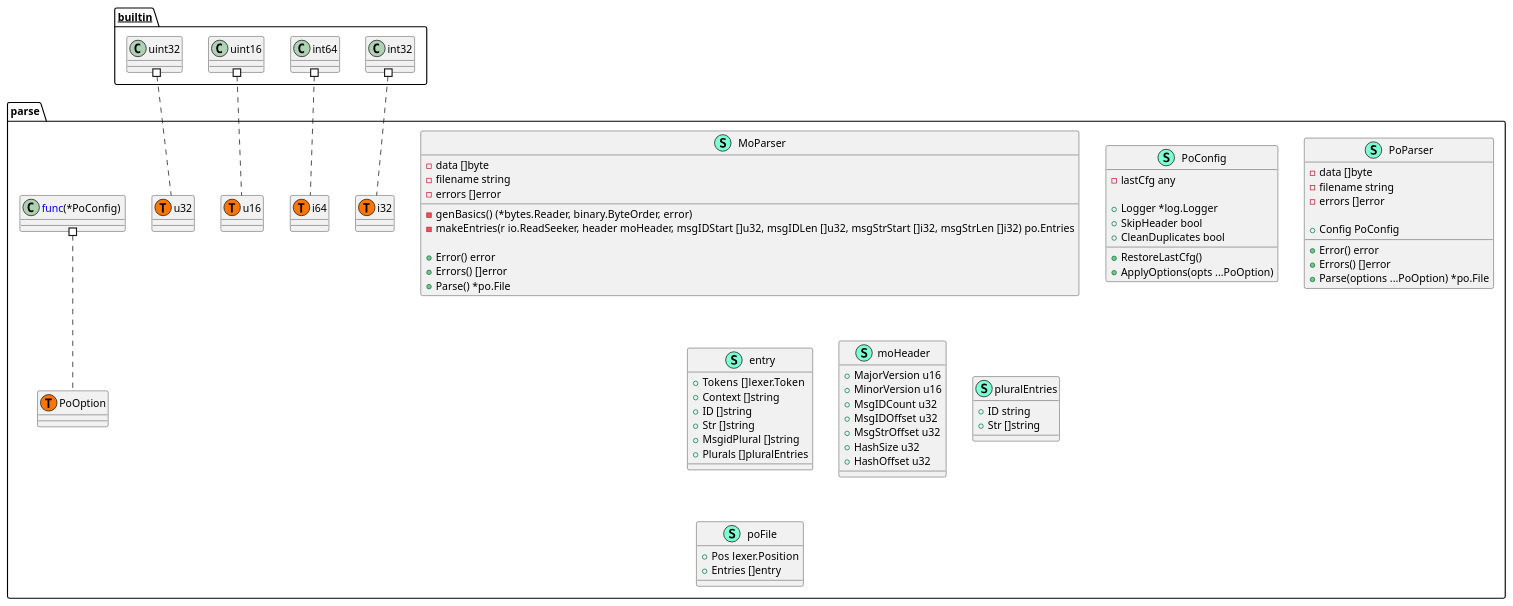
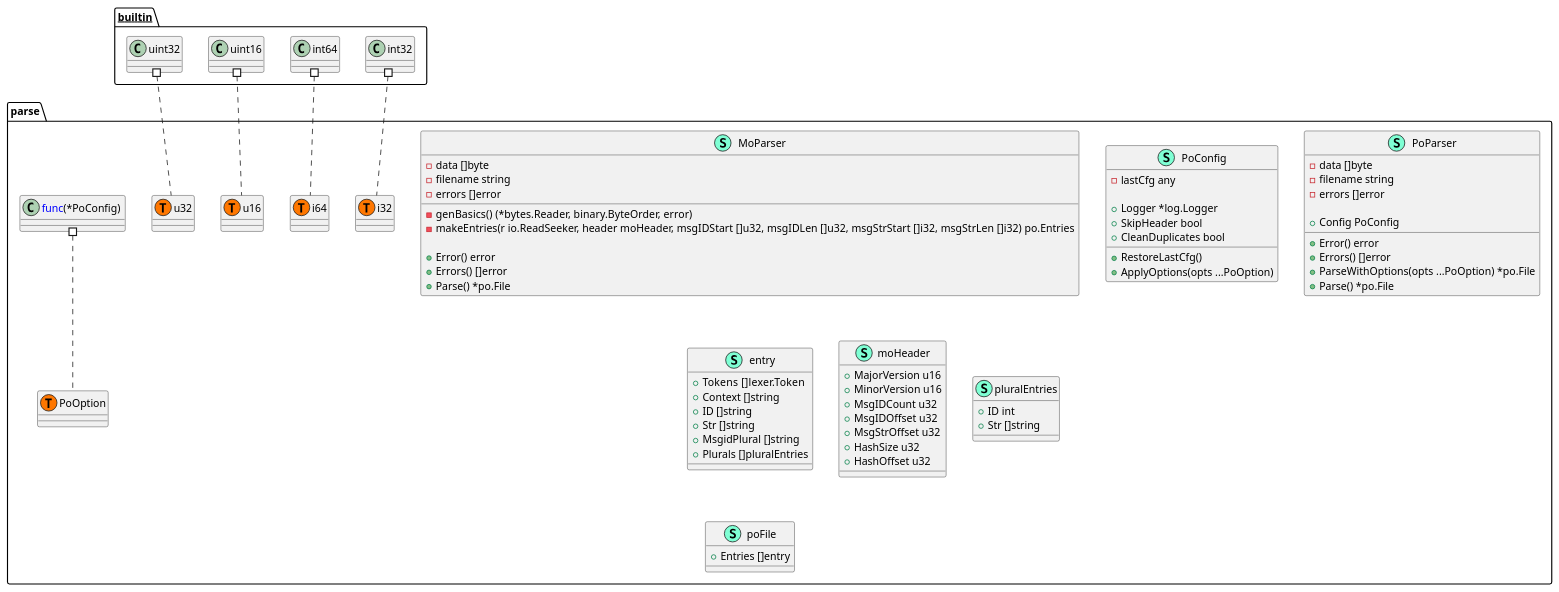
One commit to Tom5521/gotext-tools changed the diagram in pkg/po/parse/structure.puml. Above: the diagram before and after it, drawn with PlantUML. The commit also changed 8 other files, not shown here.

Commit message:
docs: Update UML files

```diff
--- a/pkg/po/parse/structure.puml
+++ b/pkg/po/parse/structure.puml
@@ -1,86 +1,86 @@
 @startuml
 namespace parse {
     class MoParser << (S,Aquamarine) >> {
         - data []byte
         - filename string
         - errors []error
 
         - genBasics() (*bytes.Reader, binary.ByteOrder, error)
         - makeEntries(r io.ReadSeeker, header moHeader, msgIDStart []u32, msgIDLen []u32, msgStrStart []i32, msgStrLen []i32) po.Entries
 
         + Error() error
         + Errors() []error
         + Parse() *po.File
 
     }
     class PoConfig << (S,Aquamarine) >> {
         - lastCfg any
 
         + Logger *log.Logger
         + SkipHeader bool
         + CleanDuplicates bool
 
         + RestoreLastCfg() 
         + ApplyOptions(opts ...PoOption) 
 
     }
     class PoParser << (S,Aquamarine) >> {
         - data []byte
         - filename string
         - errors []error
 
         + Config PoConfig
 
         + Error() error
         + Errors() []error
-        + Parse(options ...PoOption) *po.File
+        + ParseWithOptions(opts ...PoOption) *po.File
+        + Parse() *po.File
 
     }
     class entry << (S,Aquamarine) >> {
         + Tokens []lexer.Token
         + Context []string
         + ID []string
         + Str []string
         + MsgidPlural []string
         + Plurals []pluralEntries
 
     }
     class moHeader << (S,Aquamarine) >> {
         + MajorVersion u16
         + MinorVersion u16
         + MsgIDCount u32
         + MsgIDOffset u32
         + MsgStrOffset u32
         + HashSize u32
         + HashOffset u32
 
     }
     class parse.PoOption << (T, #FF7700) >>  {
     }
     class parse.i32 << (T, #FF7700) >>  {
     }
     class parse.i64 << (T, #FF7700) >>  {
     }
     class parse.u16 << (T, #FF7700) >>  {
     }
     class parse.u32 << (T, #FF7700) >>  {
     }
     class pluralEntries << (S,Aquamarine) >> {
-        + ID string
+        + ID int
         + Str []string
 
     }
     class poFile << (S,Aquamarine) >> {
-        + Pos lexer.Position
         + Entries []entry
 
     }
 }
 
 
 "__builtin__.int32" #.. "parse.i32"
 "__builtin__.int64" #.. "parse.i64"
 "__builtin__.uint16" #.. "parse.u16"
 "__builtin__.uint32" #.. "parse.u32"
 "parse.<font color=blue>func</font>(*PoConfig) " #.. "parse.PoOption"
 @enduml
```
